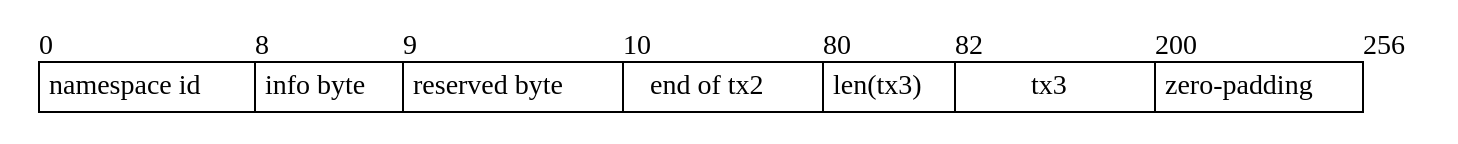
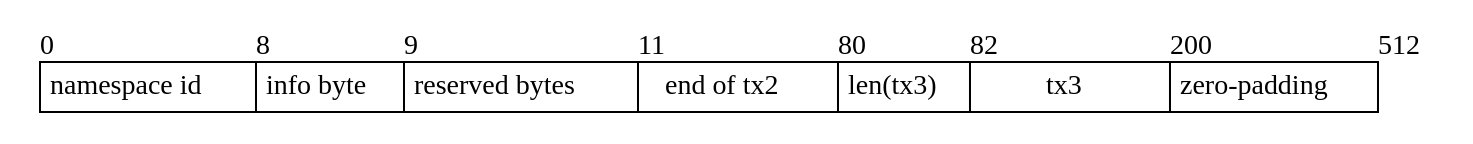
One commit to celestiaorg/celestia-app changed the diagram in specs/src/specs/figures/compact_continuation_share.dot. Above: the diagram before and after it, drawn with Graphviz. The commit also changed 9 other files, not shown here.

Commit message:
specs: two reserved bytes

```diff
--- a/specs/src/specs/figures/compact_continuation_share.dot
+++ b/specs/src/specs/figures/compact_continuation_share.dot
@@ -1,27 +1,27 @@
 digraph G {
     node [shape = record, penwidth = 0];
 
     share [label=<
     <table border="0" cellborder="1" cellspacing="0">
         <tr>
             <td align="left" border="0" cellpadding="0">0</td>
             <td align="left" border="0" cellpadding="0">8</td>
             <td align="left" border="0" cellpadding="0">9</td>
-            <td align="left" border="0" cellpadding="0">10</td>
+            <td align="left" border="0" cellpadding="0">11</td>
             <td align="left" border="0" cellpadding="0">80</td>
             <td align="left" border="0" cellpadding="0">82</td>
             <td align="left" border="0" cellpadding="0">200</td>
-            <td align="left" border="0" cellpadding="0">256</td>
+            <td align="left" border="0" cellpadding="0">512</td>
         </tr>
         <tr>
             <td width="8" cellpadding="4">namespace id</td>
             <td width="1" cellpadding="4">info byte</td>
-            <td width="1" cellpadding="4">reserved byte</td>
+            <td width="1" cellpadding="4">reserved bytes</td>
             <td width="100" cellpadding="4">end of tx2</td>
             <td width="2" cellpadding="4">len(tx3)</td>
             <td width="100" cellpadding="4">tx3</td>
             <td width="100" cellpadding="4">zero-padding</td>
         </tr>
     </table>
     >];
 }
```
